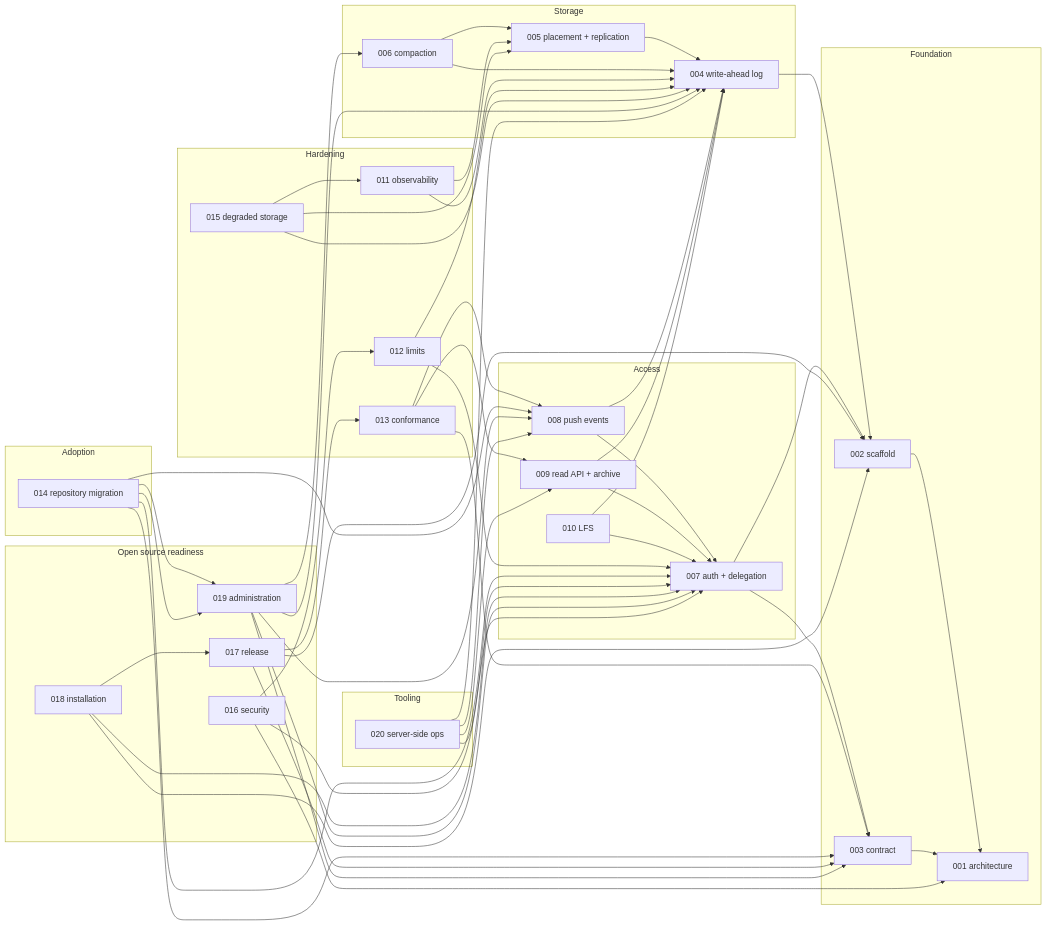
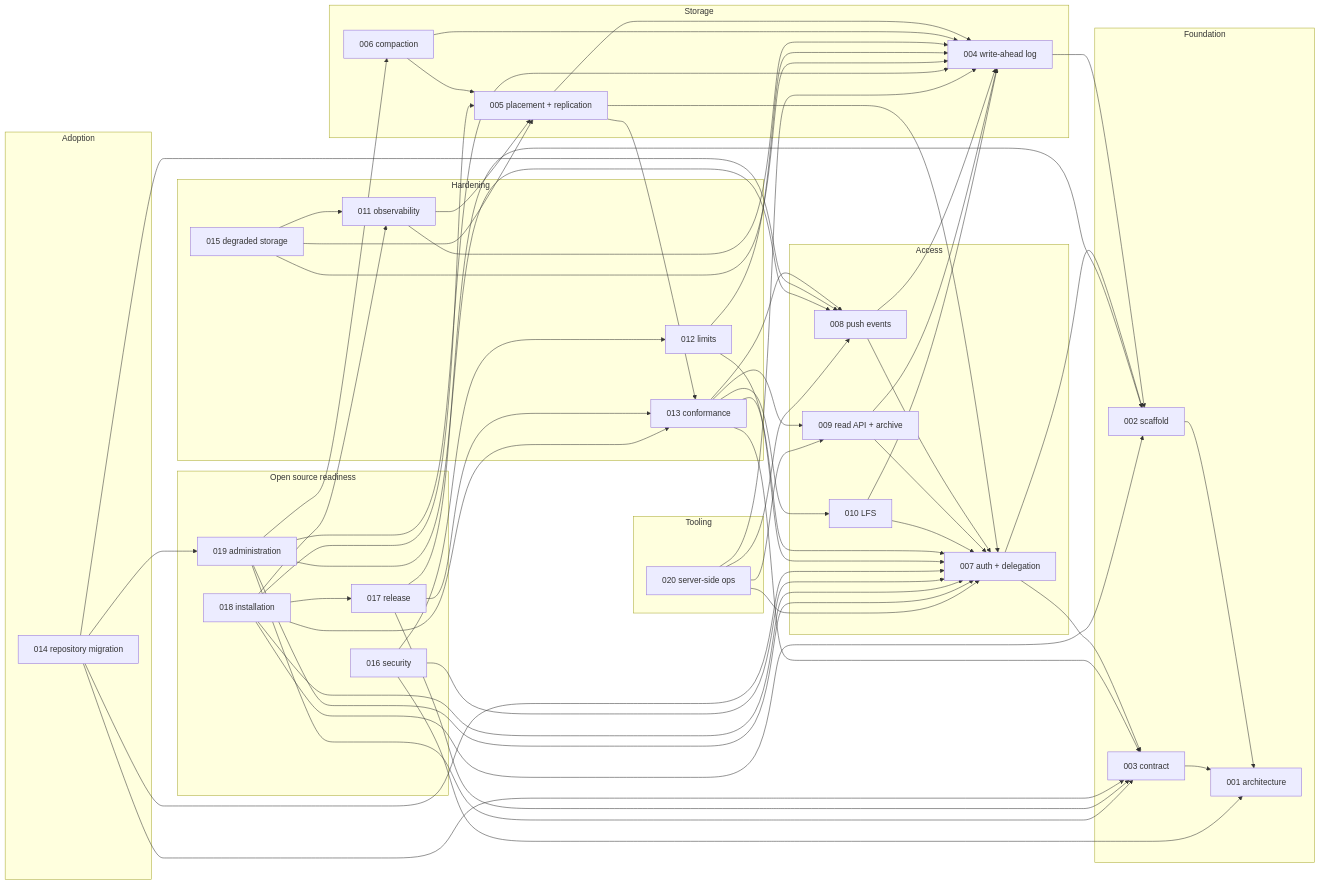
One commit to latere-ai/origo changed the second of 2 diagrams in specs/README.md. Above: the diagram before and after it, drawn with Mermaid. The commit also changed other lines of this file and 3 other files, not shown here.

```diff
--- a/specs/README.md
+++ b/specs/README.md
@@ -105,6 +105,8 @@
   S003 --> S001
   S004 --> S002
   S005 --> S004
+  S005 --> S007
+  S005 --> S013
   S006 --> S004
   S006 --> S005
   S007 --> S002
@@ -120,12 +122,13 @@
   S012 --> S007
   S012 --> S004
   S013 --> S003
+  S013 --> S007
   S013 --> S008
   S013 --> S009
+  S013 --> S010
   S014 --> S003
   S014 --> S007
   S014 --> S008
-  S014 --> S019
   S014 --> S019
   S015 --> S004
   S015 --> S005
@@ -137,7 +140,10 @@
   S017 --> S003
   S017 --> S013
   S018 --> S002
+  S018 --> S005
   S018 --> S007
+  S018 --> S011
+  S018 --> S013
   S018 --> S017
   S019 --> S003
   S019 --> S004
```
